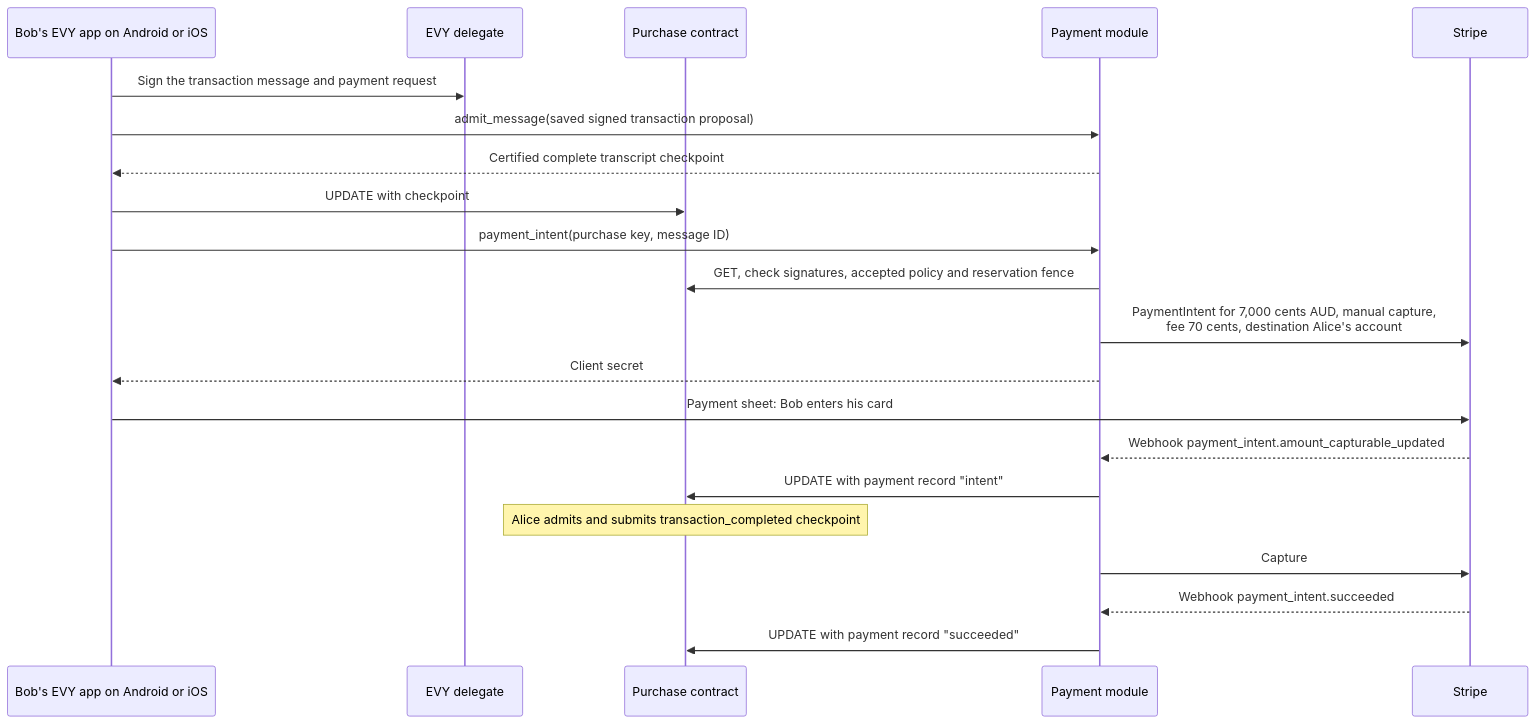
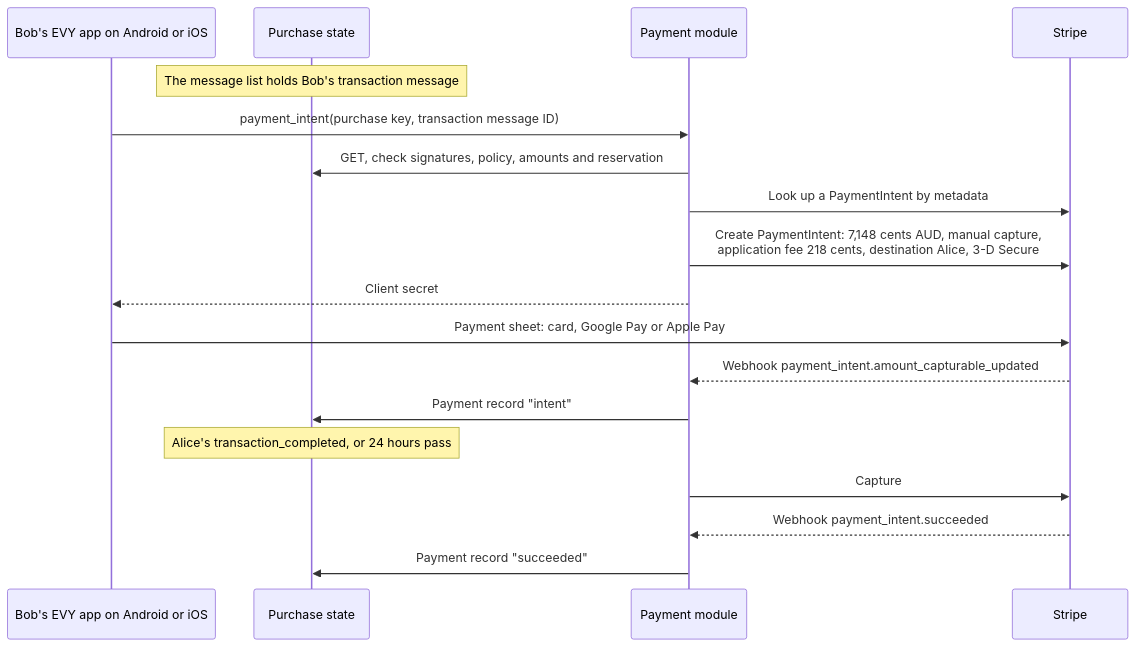
One commit to EVY-Platform/evy-freenet-plans changed the second of 2 diagrams in 2-evy-on-freenet/06-payments.md. Above: the diagram before and after it, drawn with Mermaid. The commit also changed other lines of this file and 34 other files, not shown here.

````diff
--- a/2-evy-on-freenet/06-payments.md
+++ b/2-evy-on-freenet/06-payments.md
@@ -40,23 +126,20 @@
 ```mermaid
 sequenceDiagram
     participant App as Bob's EVY app on Android or iOS
-    participant Del as EVY delegate
-    participant P as Purchase contract
+    participant P as Purchase state
     participant Pay as Payment module
     participant S as Stripe
-    App->>Del: Sign the transaction message and payment request
-    App->>Pay: admit_message(saved signed transaction proposal)
-    Pay-->>App: Certified complete transcript checkpoint
-    App->>P: UPDATE with checkpoint
-    App->>Pay: payment_intent(purchase key, message ID)
-    Pay->>P: GET, check signatures, accepted policy and reservation fence
-    Pay->>S: PaymentIntent for 7,000 cents AUD, manual capture,<br>fee 70 cents, destination Alice's account
+    Note over P: The message list holds Bob's transaction message
+    App->>Pay: payment_intent(purchase key, transaction message ID)
+    Pay->>P: GET, check signatures, policy, amounts and reservation
+    Pay->>S: Look up a PaymentIntent by metadata
+    Pay->>S: Create PaymentIntent: 7,148 cents AUD, manual capture,<br>application fee 218 cents, destination Alice, 3-D Secure
     Pay-->>App: Client secret
-    App->>S: Payment sheet: Bob enters his card
+    App->>S: Payment sheet: card, Google Pay or Apple Pay
     S-->>Pay: Webhook payment_intent.amount_capturable_updated
-    Pay->>P: UPDATE with payment record "intent"
-    Note over P: Alice admits and submits transaction_completed checkpoint
+    Pay->>P: Payment record "intent"
+    Note over P: Alice's transaction_completed, or 24 hours pass
     Pay->>S: Capture
     S-->>Pay: Webhook payment_intent.succeeded
-    Pay->>P: UPDATE with payment record "succeeded"
+    Pay->>P: Payment record "succeeded"
 ```
````
